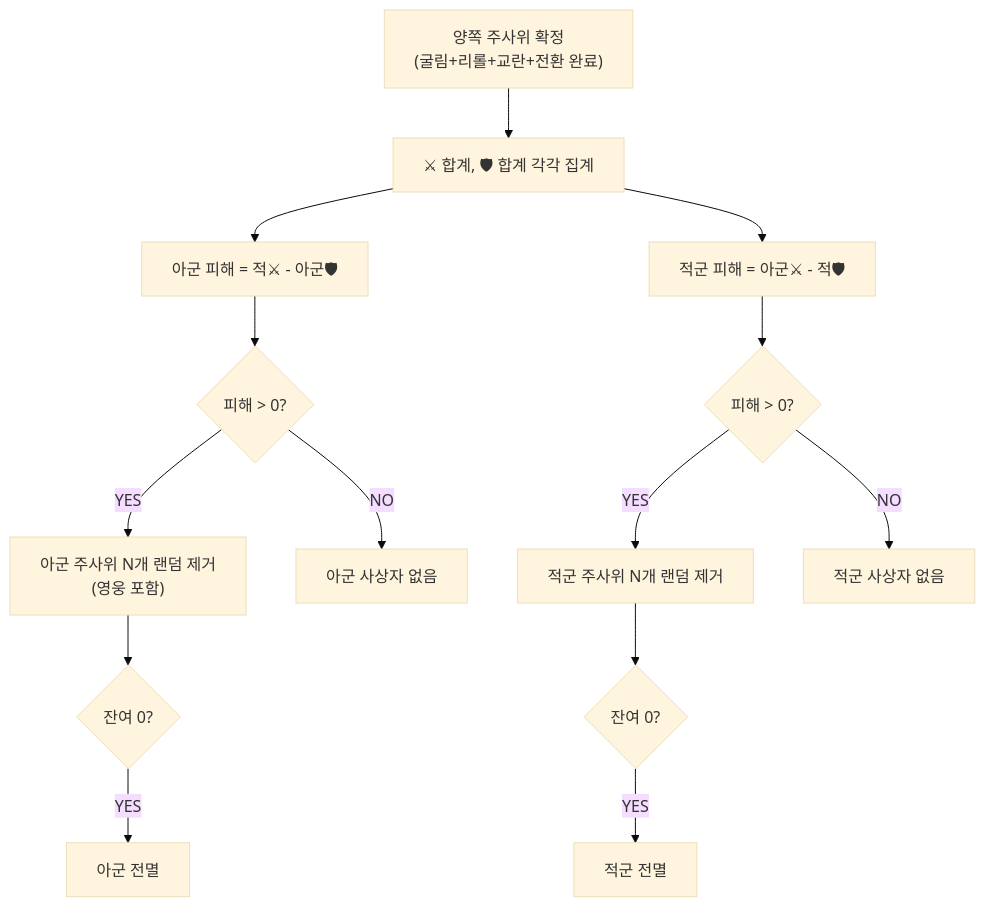
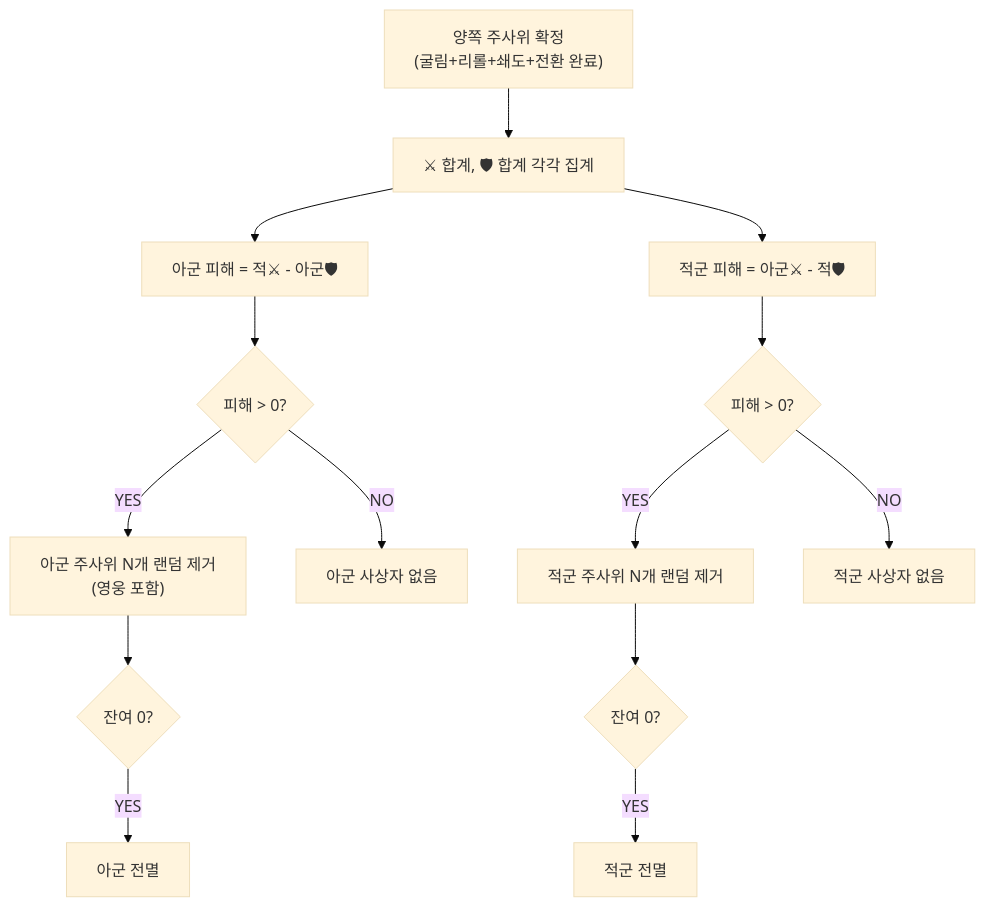
Before and after one commit to roam1215-beep/Chronicle-wiki: the second of 2 diagrams in 02_전투/구조/다이스규칙.md, drawn with Mermaid (base theme). The commit also changed other lines of this file and 7 other files, not shown here.

````diff
--- a/02_전투/구조/다이스규칙.md
+++ b/02_전투/구조/다이스규칙.md
@@ -167,16 +167,16 @@
 ```mermaid
 flowchart TD
-    A["양쪽 주사위 확정\n(굴림+리롤+교란+전환 완료)"] --> B["⚔ 합계, 🛡 합계 각각 집계"]
+    A["양쪽 주사위 확정\n(굴림+리롤+쇄도+전환 완료)"] --> B["⚔ 합계, 🛡 합계 각각 집계"]
     B --> C["아군 피해 = 적⚔ - 아군🛡"]
     B --> D["적군 피해 = 아군⚔ - 적🛡"]
     C --> E{피해 > 0?}
     D --> F{피해 > 0?}
     E -->|YES| G["아군 주사위 N개 랜덤 제거\n(영웅 포함)"]
     E -->|NO| H["아군 사상자 없음"]
     F -->|YES| I["적군 주사위 N개 랜덤 제거"]
     F -->|NO| J["적군 사상자 없음"]
     G --> K{잔여 0?}
     I --> L{잔여 0?}
     K -->|YES| M["아군 전멸"]
     L -->|YES| N["적군 전멸"]
 ```
````
